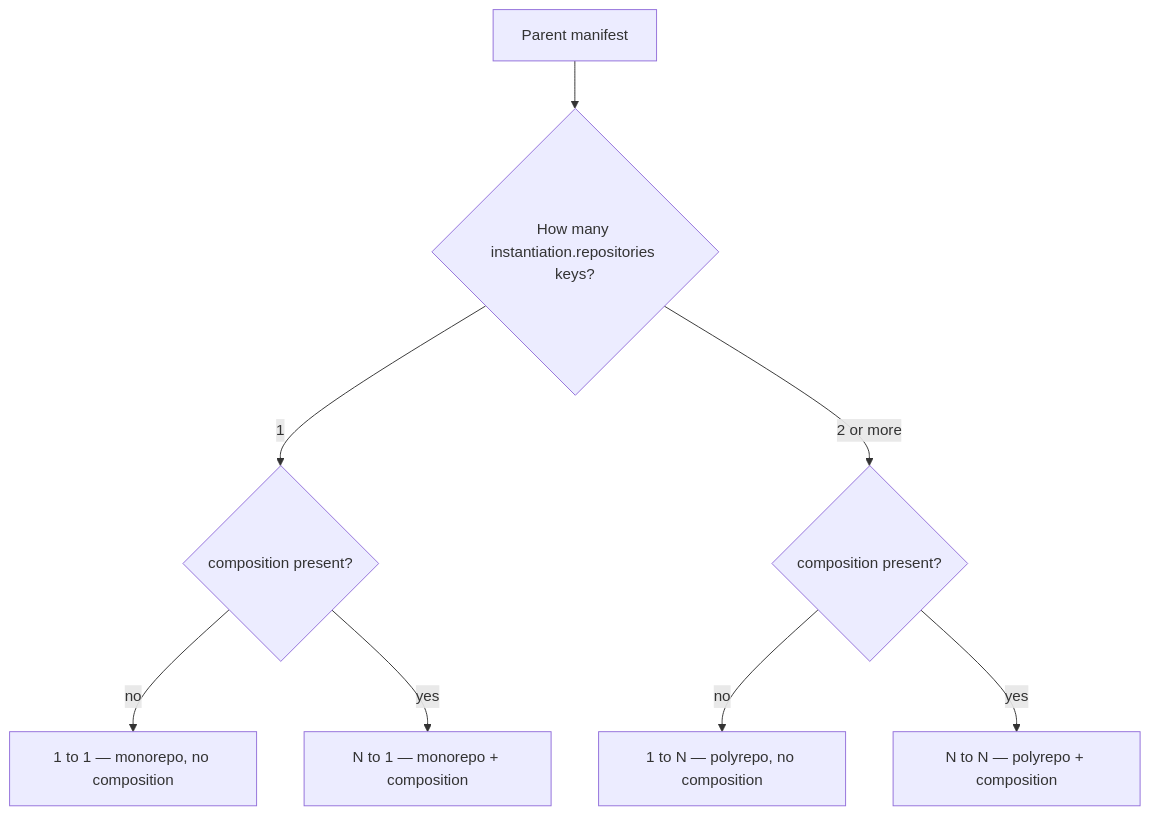
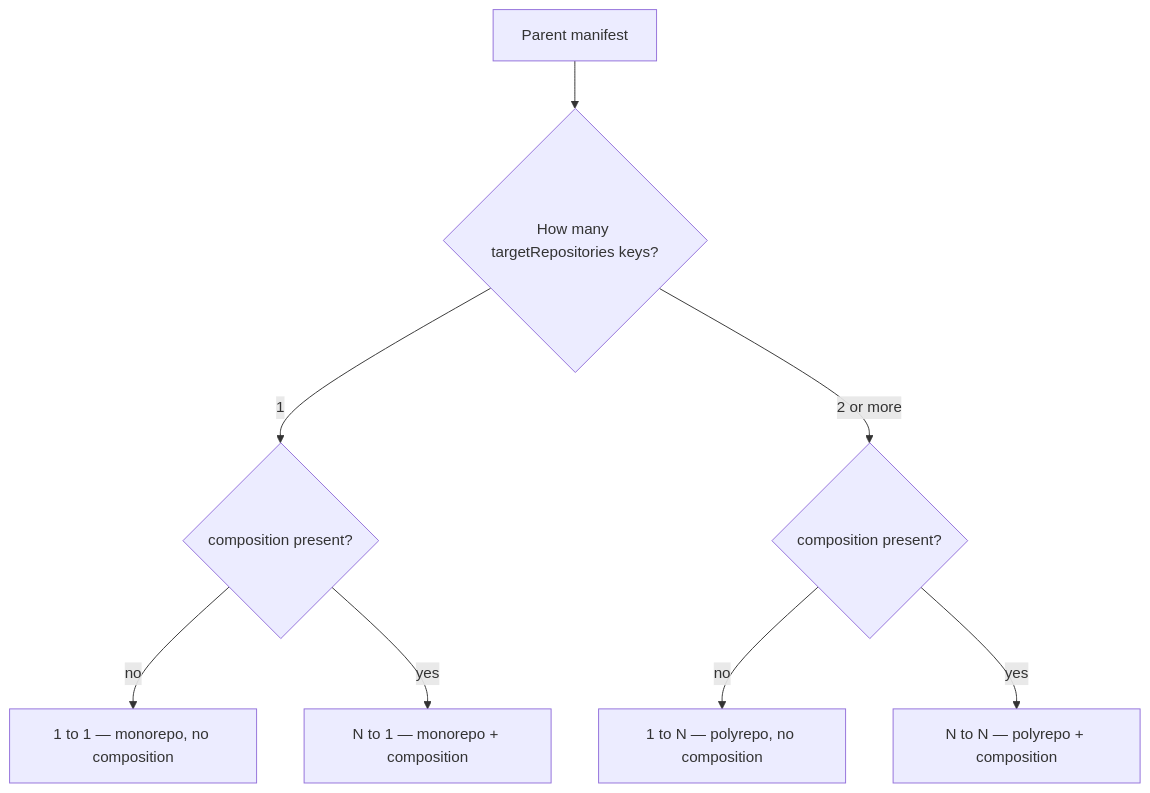
Before and after one commit to opendatamesh-initiative/odm-platform-pp-blueprint-server: the first of 8 diagrams in spdd/analysis/BDMD-4820-202608251703-[Analysis]-support-all-instantiation-repository-scenarios.md, drawn with Mermaid. The commit also changed other lines of this file and 53 other files, not shown here.

````diff
--- a/spdd/analysis/BDMD-4820-202608251703-[Analysis]-support-all-instantiation-repository-scenarios.md
+++ b/spdd/analysis/BDMD-4820-202608251703-[Analysis]-support-all-instantiation-repository-scenarios.md
@@ -50,11 +52,11 @@
 ```mermaid
 flowchart TB
   start[Parent manifest]
-  start --> keys{How many instantiation.repositories keys?}
+  start --> keys{How many targetRepositories keys?}
   keys -->|1| comp1{composition present?}
   keys -->|2 or more| compN{composition present?}
   comp1 -->|no| A["1 to 1 — monorepo, no composition"]
   comp1 -->|yes| B["N to 1 — monorepo + composition"]
   compN -->|no| C["1 to N — polyrepo, no composition"]
   compN -->|yes| D["N to N — polyrepo + composition"]
 ```
````
